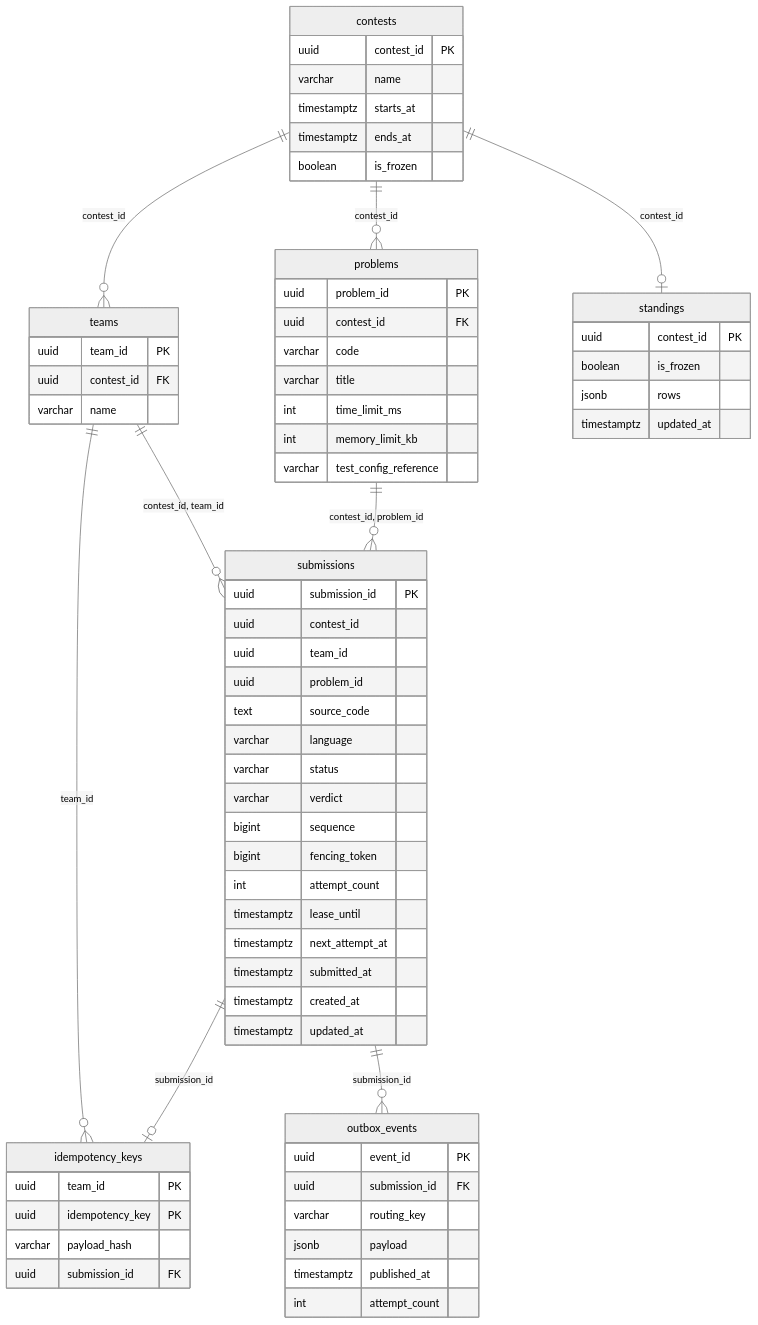
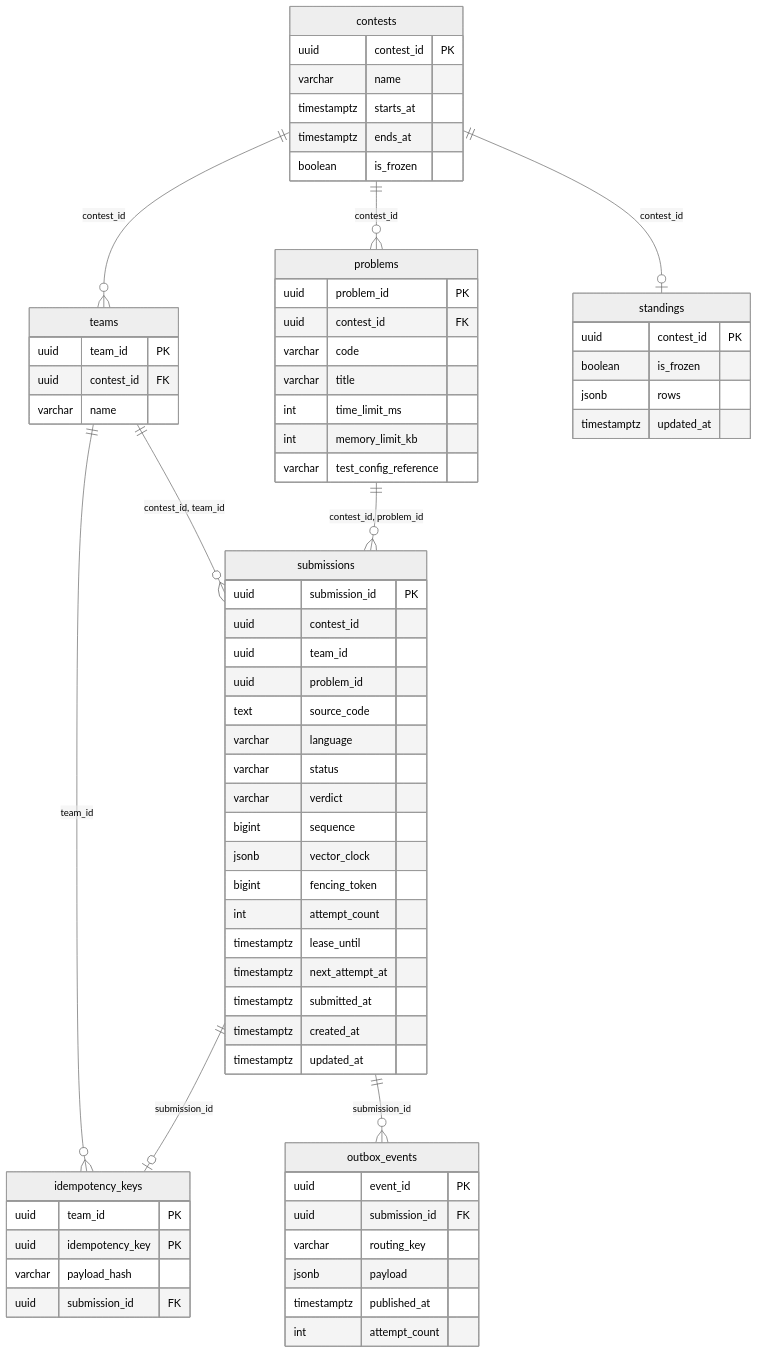
The third of 12 diagrams in docs/tr.md (spbu-ds-practicum-2026/hotfix), drawn with Mermaid (neutral theme) before and after one commit. The commit also changed other lines of this file, not shown here.

Commit message:
add vector clocks

````diff
--- a/docs/tr.md
+++ b/docs/tr.md
@@ -251,71 +253,72 @@
 ```mermaid
 erDiagram
   contests ||--o{ teams : "contest_id"
   contests ||--o{ problems : "contest_id"
   contests ||--o| standings : "contest_id"
   teams ||--o{ submissions : "contest_id, team_id"
   problems ||--o{ submissions : "contest_id, problem_id"
   teams ||--o{ idempotency_keys : "team_id"
   submissions ||--o| idempotency_keys : "submission_id"
   submissions ||--o{ outbox_events : "submission_id"
 
   contests {
     uuid contest_id PK
     varchar name
     timestamptz starts_at
     timestamptz ends_at
     boolean is_frozen
   }
   teams {
     uuid team_id PK
     uuid contest_id FK
     varchar name
   }
   problems {
     uuid problem_id PK
     uuid contest_id FK
     varchar code
     varchar title
     int time_limit_ms
     int memory_limit_kb
     varchar test_config_reference
   }
   submissions {
     uuid submission_id PK
     uuid contest_id
     uuid team_id
     uuid problem_id
     text source_code
     varchar language
     varchar status
     varchar verdict
     bigint sequence
+    jsonb vector_clock
     bigint fencing_token
     int attempt_count
     timestamptz lease_until
     timestamptz next_attempt_at
     timestamptz submitted_at
     timestamptz created_at
     timestamptz updated_at
   }
   idempotency_keys {
     uuid team_id PK
     uuid idempotency_key PK
     varchar payload_hash
     uuid submission_id FK
   }
   outbox_events {
     uuid event_id PK
     uuid submission_id FK
     varchar routing_key
     jsonb payload
     timestamptz published_at
     int attempt_count
   }
   standings {
     uuid contest_id PK
     boolean is_frozen
     jsonb rows
     timestamptz updated_at
   }
 ```
````
